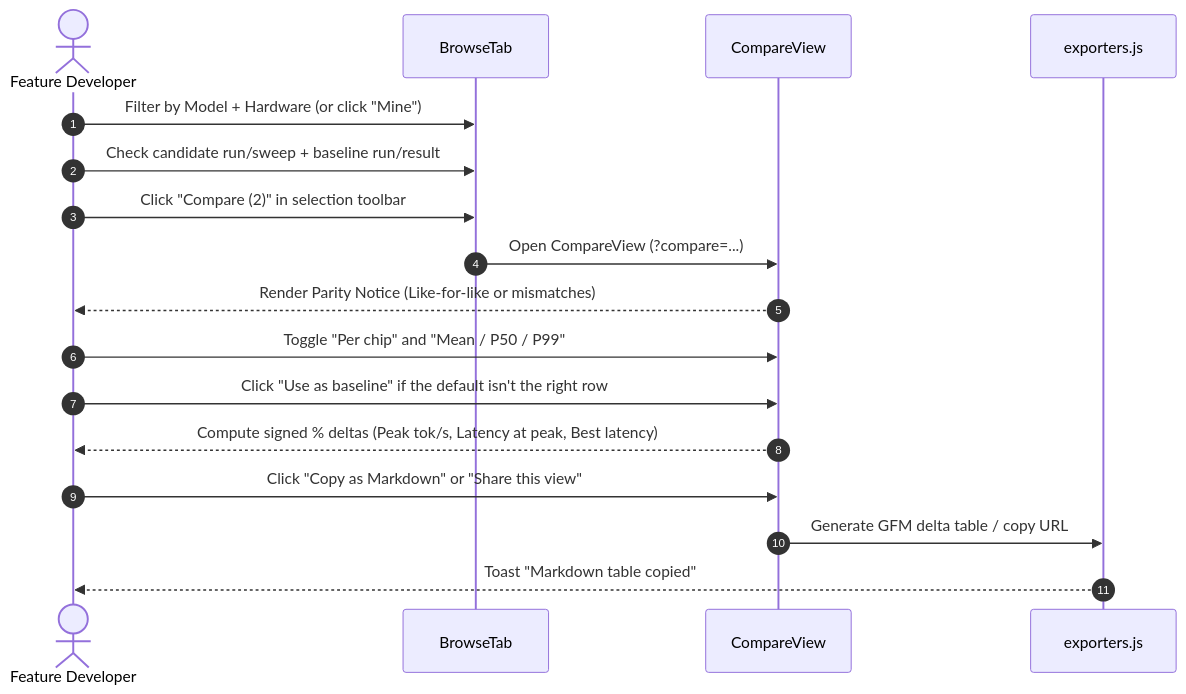
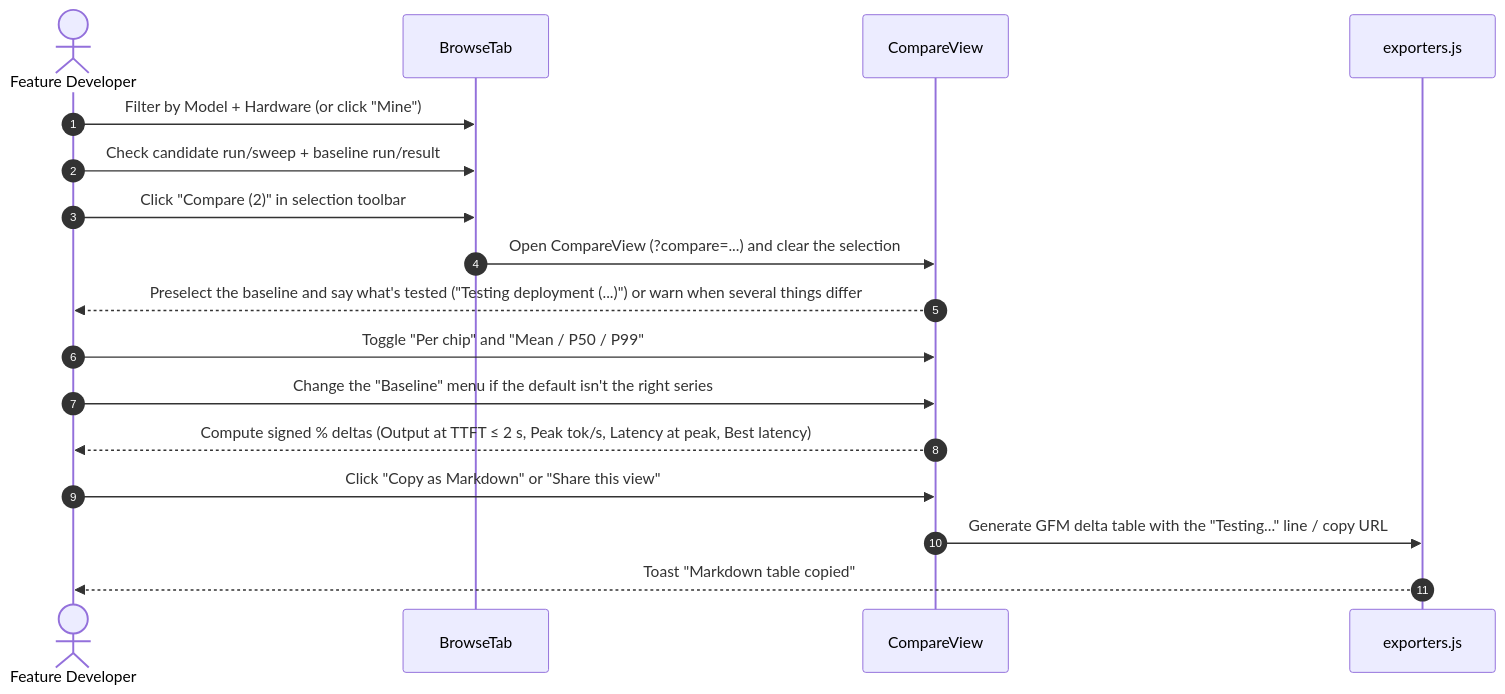
One commit to Raji14/llm-d-prism changed the second of 3 diagrams in specs/changes/results-store-ui/ui_spec.md. Above: the diagram before and after it, drawn with Mermaid. The commit also changed other lines of this file and 19 other files, not shown here.

````diff
--- a/specs/changes/results-store-ui/ui_spec.md
+++ b/specs/changes/results-store-ui/ui_spec.md
@@ -253,20 +272,20 @@
 ```mermaid
 sequenceDiagram
     autonumber
     actor Dev as Feature Developer
     participant Browse as BrowseTab
     participant Compare as CompareView
     participant Export as exporters.js
 
     Dev->>Browse: Filter by Model + Hardware (or click "Mine")
     Dev->>Browse: Check candidate run/sweep + baseline run/result
     Dev->>Browse: Click "Compare (2)" in selection toolbar
-    Browse->>Compare: Open CompareView (?compare=...)
-    Compare-->>Dev: Render Parity Notice (Like-for-like or mismatches)
+    Browse->>Compare: Open CompareView (?compare=...) and clear the selection
+    Compare-->>Dev: Preselect the baseline and say what's tested ("Testing deployment (...)") or warn when several things differ
     Dev->>Compare: Toggle "Per chip" and "Mean / P50 / P99"
-    Dev->>Compare: Click "Use as baseline" if the default isn't the right row
-    Compare-->>Dev: Compute signed % deltas (Peak tok/s, Latency at peak, Best latency)
+    Dev->>Compare: Change the "Baseline" menu if the default isn't the right series
+    Compare-->>Dev: Compute signed % deltas (Output at TTFT ≤ 2 s, Peak tok/s, Latency at peak, Best latency)
     Dev->>Compare: Click "Copy as Markdown" or "Share this view"
-    Compare->>Export: Generate GFM delta table / copy URL
+    Compare->>Export: Generate GFM delta table with the "Testing..." line / copy URL
     Export-->>Dev: Toast "Markdown table copied"
 ```
````
